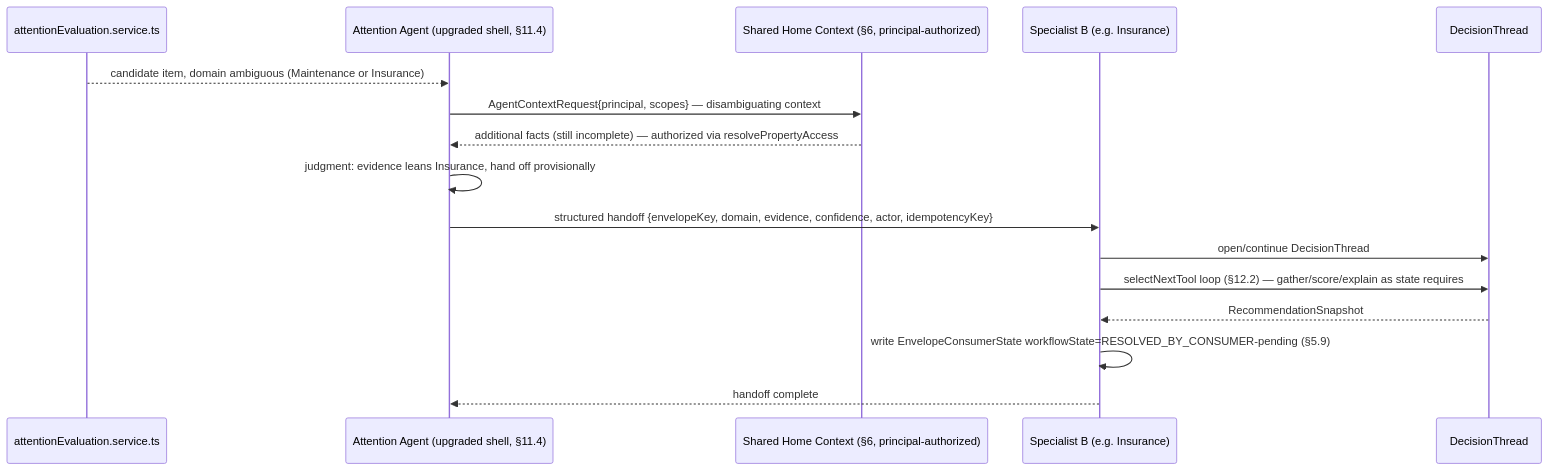
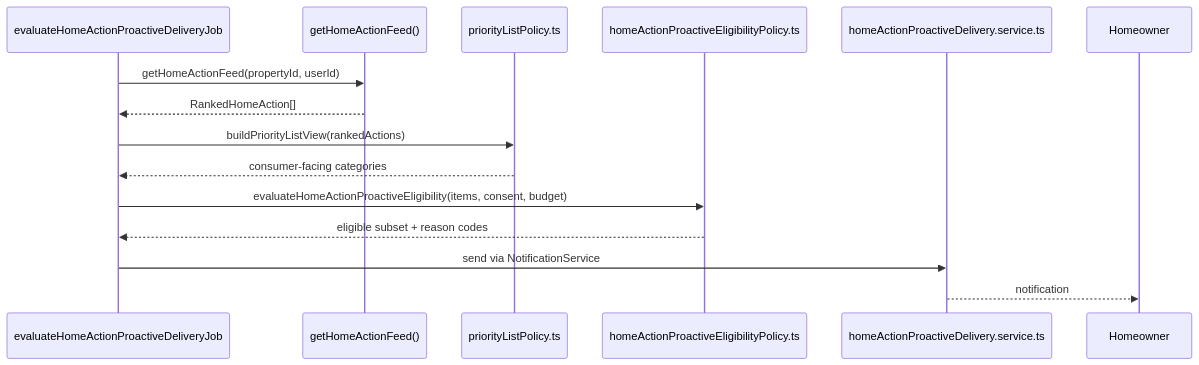
The sixth of 9 diagrams in docs/architecture/C2C_INTELLIGENCE_AGENTIC_EVOLUTION_ARCHITECTURE.md (madhuboyin/contract-to-cozy1), drawn with Mermaid before and after one commit. The commit also changed other lines of this file, not shown here.

````diff
--- a/docs/architecture/C2C_INTELLIGENCE_AGENTIC_EVOLUTION_ARCHITECTURE.md
+++ b/docs/architecture/C2C_INTELLIGENCE_AGENTIC_EVOLUTION_ARCHITECTURE.md
@@ -1186,19 +740,18 @@
 ```mermaid
 sequenceDiagram
-  participant AttSvc as attentionEvaluation.service.ts
-  participant Att as Attention Agent (upgraded shell, §11.4)
-  participant Ctx as Shared Home Context (§6, principal-authorized)
-  participant SpecB as Specialist B (e.g. Insurance)
-  participant Thread as DecisionThread
+  participant Cron as evaluateHomeActionProactiveDeliveryJob
+  participant Feed as getHomeActionFeed()
+  participant Plp as priorityListPolicy.ts
+  participant Elig as homeActionProactiveEligibilityPolicy.ts
+  participant Deliv as homeActionProactiveDelivery.service.ts
+  participant HO as Homeowner
 
-  AttSvc-->>Att: candidate item, domain ambiguous (Maintenance or Insurance)
-  Att->>Ctx: AgentContextRequest{principal, scopes} — disambiguating context
-  Ctx-->>Att: additional facts (still incomplete) — authorized via resolvePropertyAccess
-  Att->>Att: judgment: evidence leans Insurance, hand off provisionally
-  Att->>SpecB: structured handoff {envelopeKey, domain, evidence, confidence, actor, idempotencyKey}
-  SpecB->>Thread: open/continue DecisionThread
-  SpecB->>Thread: selectNextTool loop (§12.2) — gather/score/explain as state requires
-  Thread-->>SpecB: RecommendationSnapshot
-  SpecB->>SpecB: write EnvelopeConsumerState workflowState=RESOLVED_BY_CONSUMER-pending (§5.9)
-  SpecB-->>Att: handoff complete
+  Cron->>Feed: getHomeActionFeed(propertyId, userId)
+  Feed-->>Cron: RankedHomeAction[]
+  Cron->>Plp: buildPriorityListView(rankedActions)
+  Plp-->>Cron: consumer-facing categories
+  Cron->>Elig: evaluateHomeActionProactiveEligibility(items, consent, budget)
+  Elig-->>Cron: eligible subset + reason codes
+  Cron->>Deliv: send via NotificationService
+  Deliv-->>HO: notification
 ```
````
